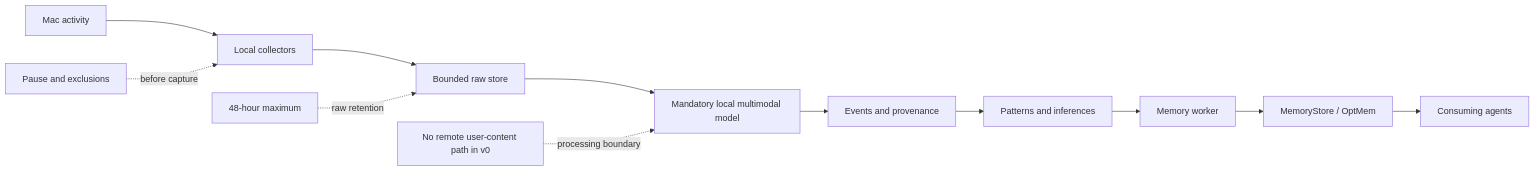
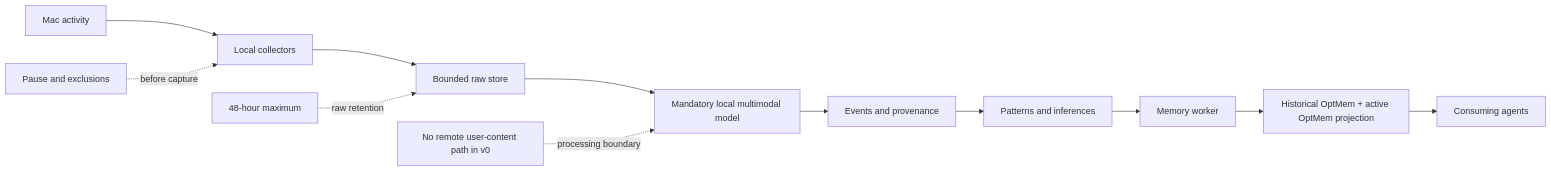
The diagram in README.md (emiwltz/contx), drawn with Mermaid before and after one commit. The commit also changed other lines of this file and 68 other files, not shown here.

Commit message:
Add active projection, web interface, data deletion, inspection, and pilot protocol

````diff
--- a/README.md
+++ b/README.md
@@ -27,15 +27,15 @@
 ```mermaid
 flowchart LR
     sources["Mac activity"] --> collectors["Local collectors"]
     collectors --> raw["Bounded raw store"]
     raw --> model["Mandatory local multimodal model"]
     model --> events["Events and provenance"]
     events --> patterns["Patterns and inferences"]
     patterns --> worker["Memory worker"]
-    worker --> memory["MemoryStore / OptMem"]
+    worker --> memory["Historical OptMem + active OptMem projection"]
     memory --> agents["Consuming agents"]
 
     controls["Pause and exclusions"] -. "before capture" .-> collectors
     retention["48-hour maximum"] -. "raw retention" .-> raw
     local["No remote user-content path in v0"] -. "processing boundary" .-> model
 ```
````
